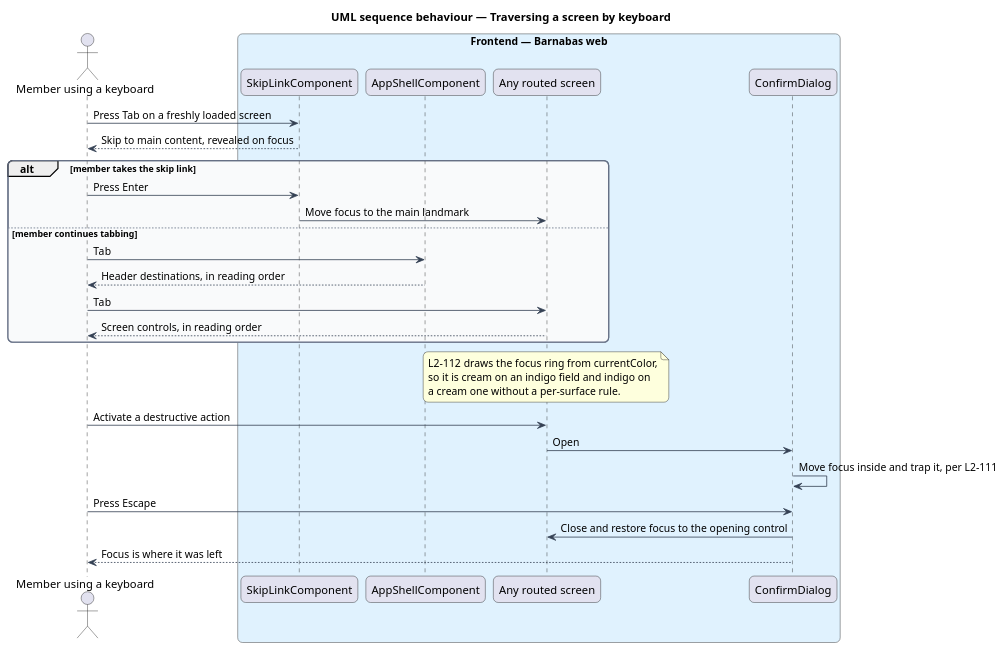
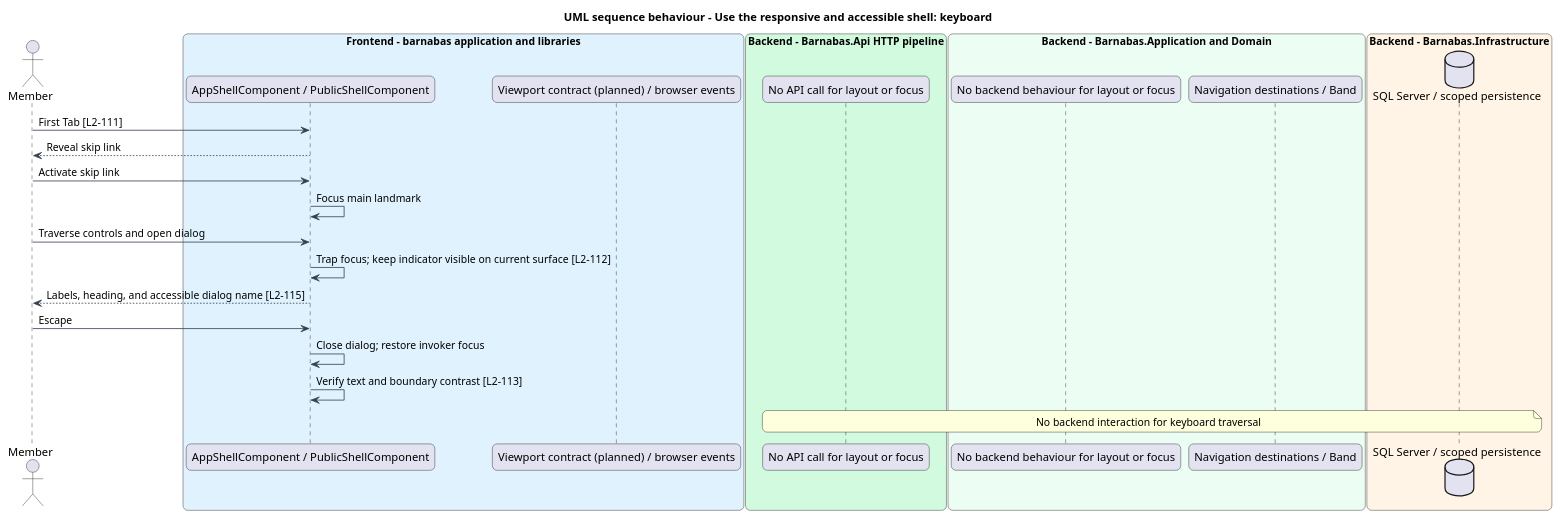
The diagram in docs/detailed-designs/platform/responsive-and-accessible-shell/diagrams/sequence-keyboard.puml (QuinntyneBrown/Barnabas), drawn with PlantUML before and after one commit. The commit also changed 511 other files, not shown here.

```diff
--- a/docs/detailed-designs/platform/responsive-and-accessible-shell/diagrams/sequence-keyboard.puml
+++ b/docs/detailed-designs/platform/responsive-and-accessible-shell/diagrams/sequence-keyboard.puml
@@ -1,43 +1,43 @@
 @startuml
-title UML sequence behaviour — Traversing a screen by keyboard
+title UML sequence behaviour - Use the responsive and accessible shell: keyboard
 skinparam backgroundColor #FFFFFF
 skinparam shadowing false
 skinparam roundcorner 12
 skinparam defaultFontName Arial
 skinparam ArrowColor #344054
 skinparam rectangle {
   BorderColor #344054
   FontColor #101828
 }
 skinparam package {
   BorderColor #667085
   FontColor #101828
   BackgroundColor #F9FAFB
 }
-actor "Member using a keyboard" as actor
-box "Frontend — Barnabas web" #E0F2FE
-  participant "SkipLinkComponent" as skip
-  participant "AppShellComponent" as shell
-  participant "Any routed screen" as screen
-  participant "ConfirmDialog" as dialog
+actor "Member" as actor
+box "Frontend - barnabas application and libraries" #E0F2FE
+  participant "AppShellComponent / PublicShellComponent" as page
+  participant "Viewport contract (planned) / browser events" as client
 end box
-
-actor -> skip : Press Tab on a freshly loaded screen
-skip --> actor : Skip to main content, revealed on focus
-alt member takes the skip link
-  actor -> skip : Press Enter
-  skip -> screen : Move focus to the main landmark
-else member continues tabbing
-  actor -> shell : Tab
-  shell --> actor : Header destinations, in reading order
-  actor -> screen : Tab
-  screen --> actor : Screen controls, in reading order
-end
-note over screen : L2-112 draws the focus ring from currentColor,\nso it is cream on an indigo field and indigo on\na cream one without a per-surface rule.
-actor -> screen : Activate a destructive action
-screen -> dialog : Open
-dialog -> dialog : Move focus inside and trap it, per L2-111
-actor -> dialog : Press Escape
-dialog -> screen : Close and restore focus to the opening control
-dialog --> actor : Focus is where it was left
+box "Backend - Barnabas.Api HTTP pipeline" #D1FADF
+  participant "No API call for layout or focus" as api
+end box
+box "Backend - Barnabas.Application and Domain" #ECFDF3
+  participant "No backend behaviour for layout or focus" as handler
+  participant "Navigation destinations / Band" as entity
+end box
+box "Backend - Barnabas.Infrastructure" #FFF4E5
+  database "SQL Server / scoped persistence" as db
+end box
+actor -> page : First Tab [L2-111]
+page --> actor : Reveal skip link
+actor -> page : Activate skip link
+page -> page : Focus main landmark
+actor -> page : Traverse controls and open dialog
+page -> page : Trap focus; keep indicator visible on current surface [L2-112]
+page --> actor : Labels, heading, and accessible dialog name [L2-115]
+actor -> page : Escape
+page -> page : Close dialog; restore invoker focus
+page -> page : Verify text and boundary contrast [L2-113]
+note over api, db : No backend interaction for keyboard traversal
 @enduml
```
